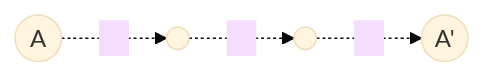
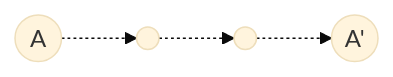
Before and after one commit to CHOYUNSIG/algorithm_with_boj: the third of 6 diagrams in _posts/2024-01-20-lca.md, drawn with Mermaid (base theme). The commit also changed other lines of this file and 3 other files, not shown here.

```diff
--- a/_posts/2024-01-20-lca.md
+++ b/_posts/2024-01-20-lca.md
@@ -95,12 +95,12 @@
 <pre class="mermaid">
     graph LR
 
-    A -. <span class="mathjax mj1" style="display: inline-block; width: 20px"></span> .-> node1
-    node1 -. <span class="mathjax mj2" style="display: inline-block; width: 20px"></span> .-> node2
-    node2 -. <span class="mathjax mj3" style="display: inline-block; width: 20px"></span> .-> Ap
+    A -. <span class="mathjax mj1"></span> .-> node1
+    node1 -. <span class="mathjax mj2"></span> .-> node2
+    node2 -. <span class="mathjax mj3"></span> .-> Ap
 
     A(("<span style="display: inline-block; width: 1em">A</span>"))
     Ap(("<span style="display: inline-block; width: 1em">A'</span>"))
     node1(( ))
     node2(( ))
 </pre>
```
